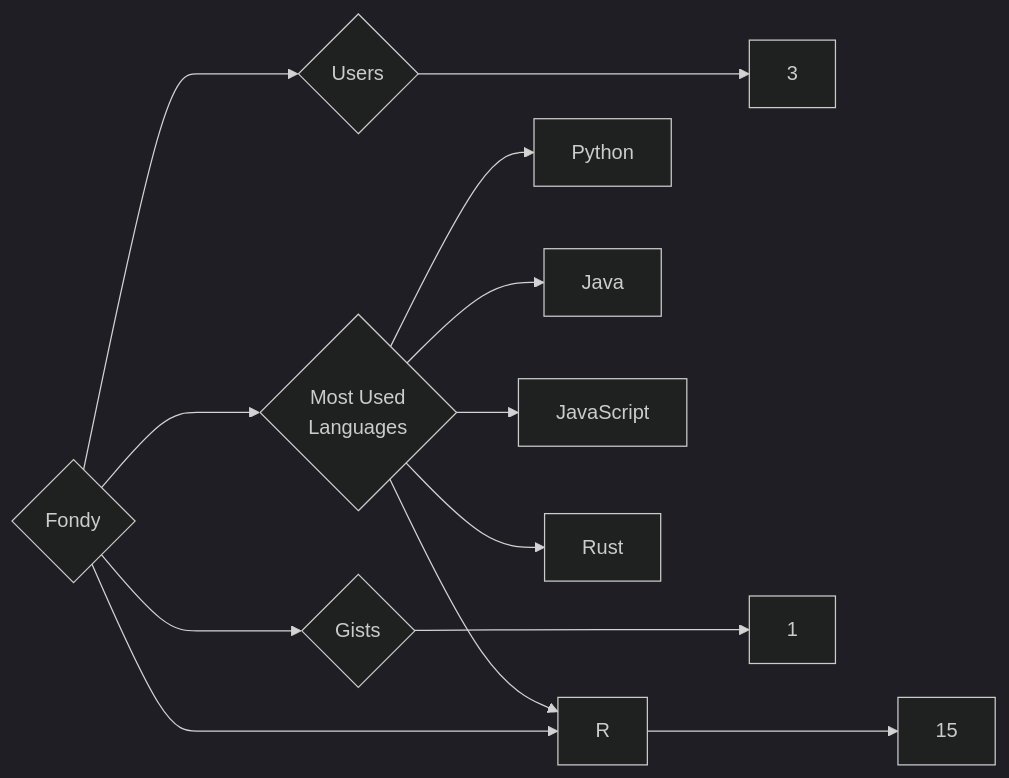
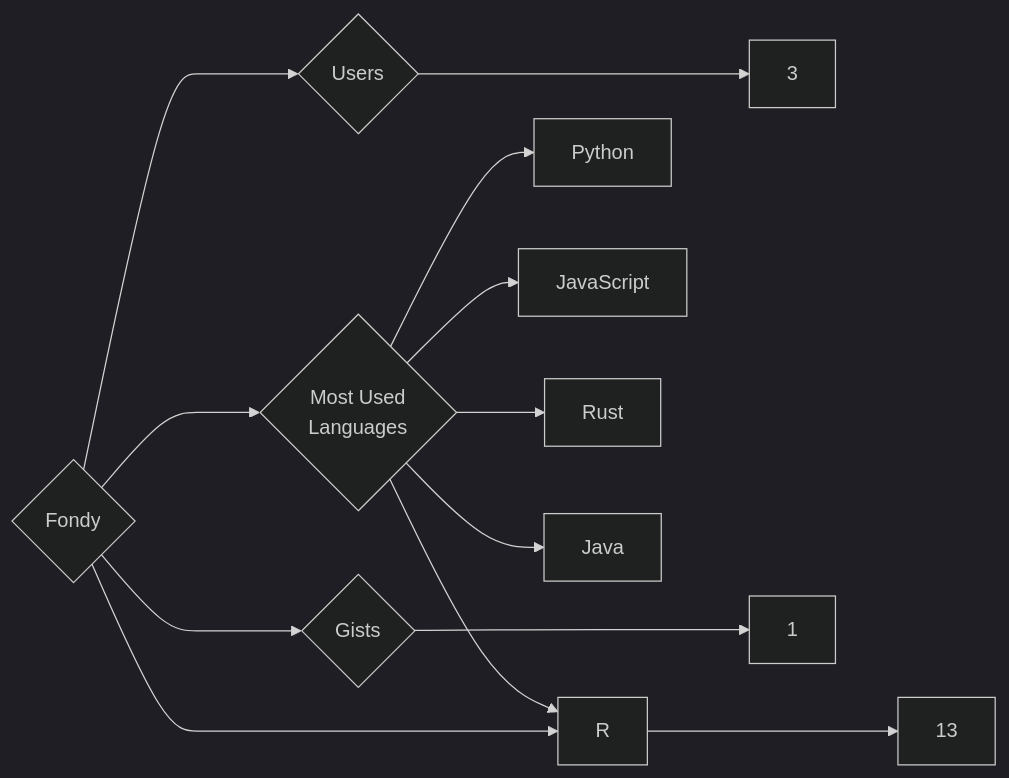
One commit to trickest/insiders changed the diagram in targets/Fondy/README.md. Above: the diagram before and after it, drawn with Mermaid (dark theme). The commit also changed 693 other files, not shown here.

````diff
--- a/targets/Fondy/README.md
+++ b/targets/Fondy/README.md
@@ -3,13 +3,13 @@
 ```mermaid
 graph LR
 COMPANY_NAME{Fondy}
 COMPANY_NAME ---> U{Users} ---> UN[3]
-COMPANY_NAME ---> R{Repositories} ---> RN[15]
+COMPANY_NAME ---> R{Repositories} ---> RN[13]
 COMPANY_NAME ---> G{Gists} ---> GN[1]
 COMPANY_NAME ---> ML{Most Used<br>Languages}
 ML --> Python[Python]
-ML --> Java[Java]
 ML --> JavaScript[JavaScript]
 ML --> Rust[Rust]
 ML --> R[R]
+ML --> Java[Java]
 ```
````
